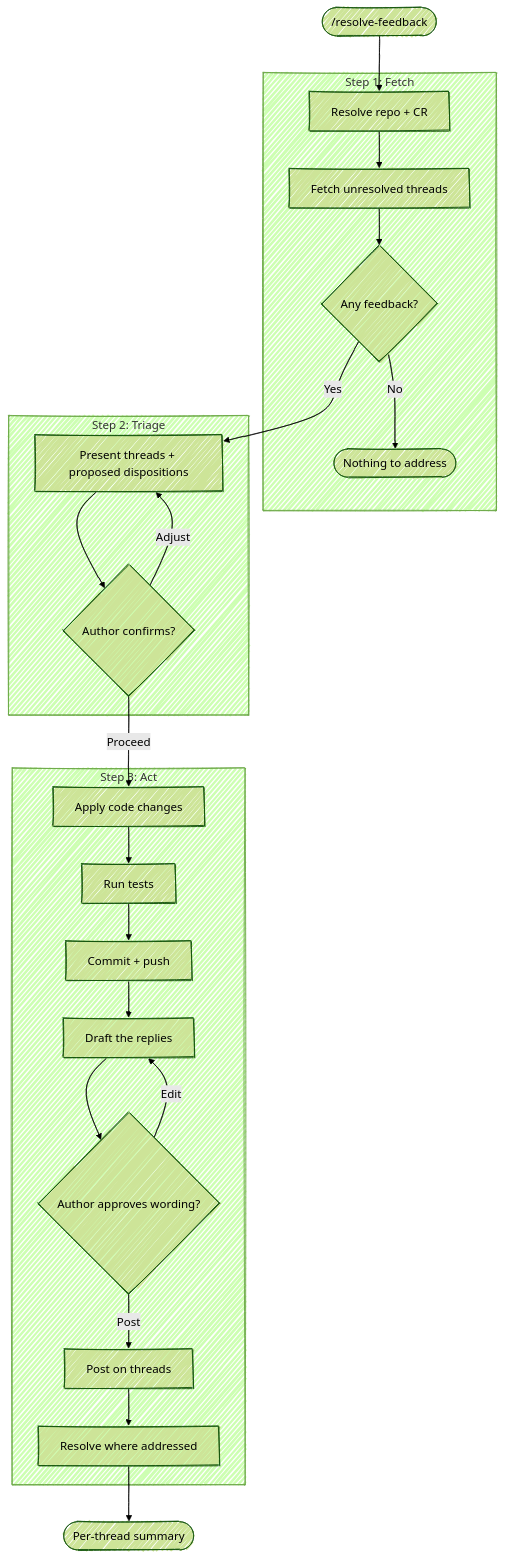
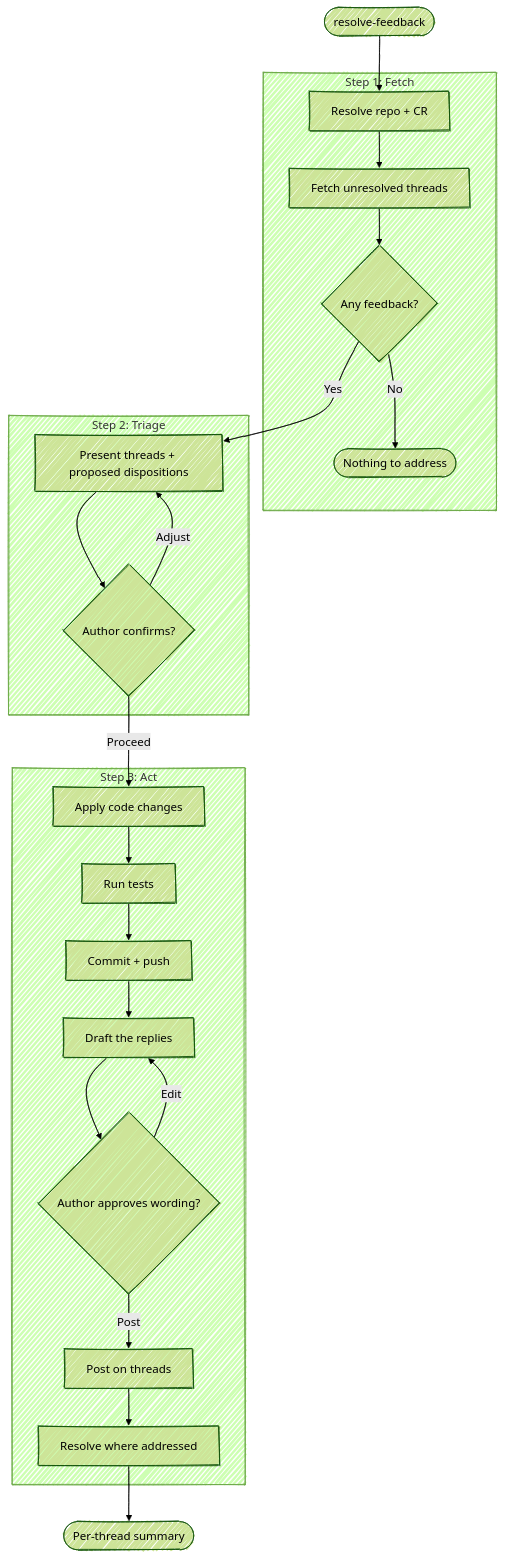
Before and after one commit to chris-peterson/anchor: the diagram in skills/resolve-feedback/SKILL.md, drawn with Mermaid (forest theme). The commit also changed other lines of this file and 38 other files, not shown here.

````diff
--- a/skills/resolve-feedback/SKILL.md
+++ b/skills/resolve-feedback/SKILL.md
@@ -21,29 +25,29 @@
 ```mermaid
 %%{ init: { 'look': 'handDrawn' } }%%
 flowchart TD
-    Start(["/resolve-feedback"]) --> Repo["Resolve repo + CR"]
+    Start(["resolve-feedback"]) --> Repo["Resolve repo + CR"]
 
     subgraph "Step 1: Fetch"
         Repo --> Fetch["Fetch unresolved threads"]
         Fetch --> Any{Any feedback?}
         Any -->|No| Stop([Nothing to address])
     end
 
     subgraph "Step 2: Triage"
         Any -->|Yes| Present["Present threads + proposed dispositions"]
         Present --> Confirm{Author confirms?}
         Confirm -->|Adjust| Present
     end
 
     subgraph "Step 3: Act"
         Confirm -->|Proceed| Fix["Apply code changes"]
         Fix --> Tests["Run tests"] --> Commit["Commit + push"]
         Commit --> Draft["Draft the replies"]
         Draft --> Approve{Author approves wording?}
         Approve -->|Edit| Draft
         Approve -->|Post| Reply["Post on threads"]
         Reply --> Resolve["Resolve where addressed"]
     end
 
     Resolve --> Summary([Per-thread summary])
 ```
````
